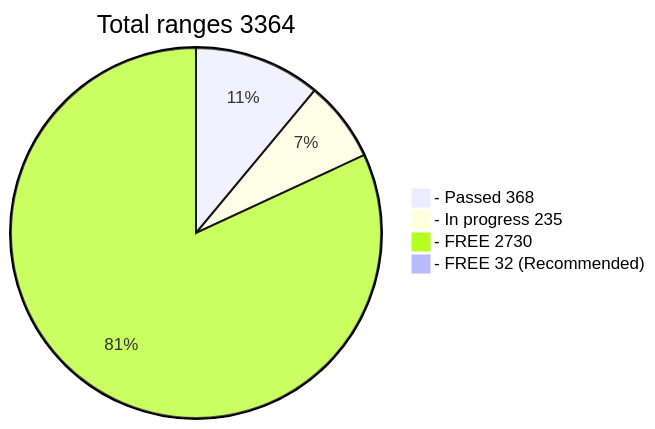
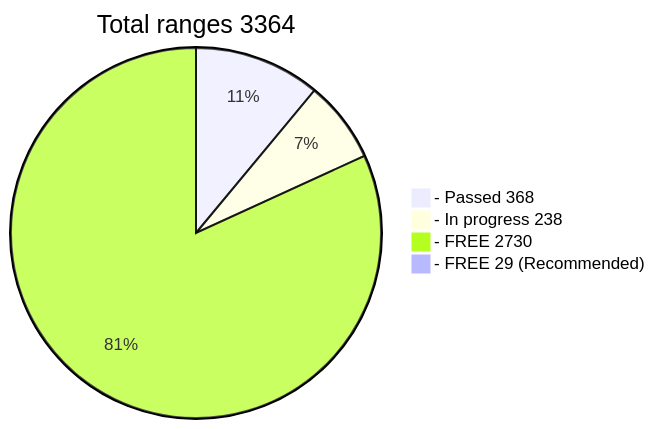
The diagram in README.md (phrutis/wif500), drawn with Mermaid before and after one commit.

````diff
--- a/README.md
+++ b/README.md
@@ -16,7 +16,7 @@
 ```mermaid
 pie title Total ranges 3364
   "- Passed 368" : 368
-  "- In progress 235" : 235
+  "- In progress 238" : 238
   "- FREE 2730" : 2730
-  "- FREE 32 (Recommended)" : 32
+  "- FREE 29 (Recommended)" : 29
 ```
````
